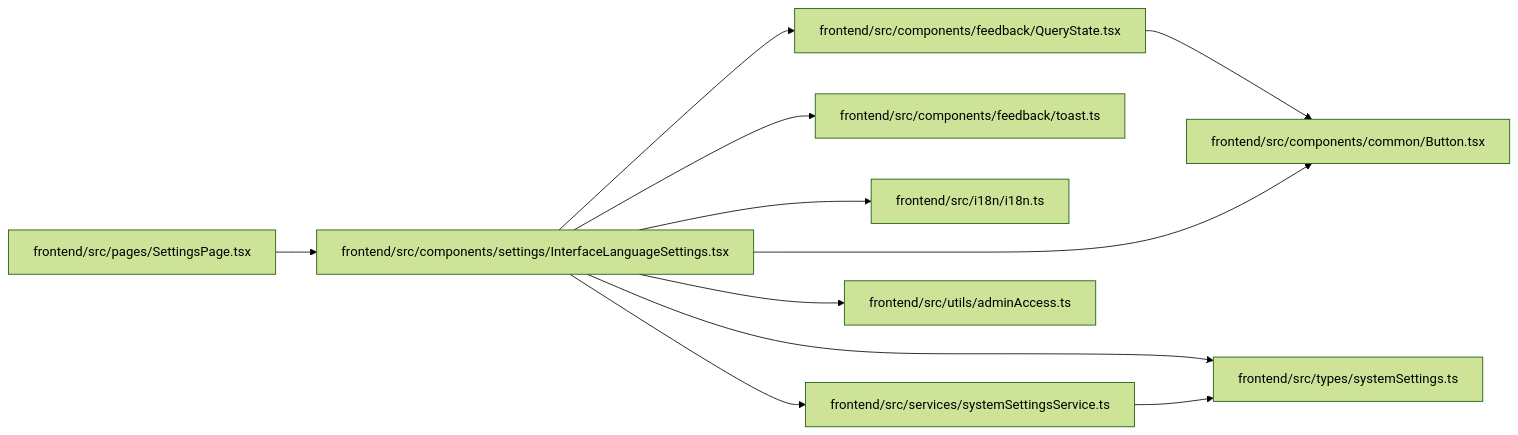
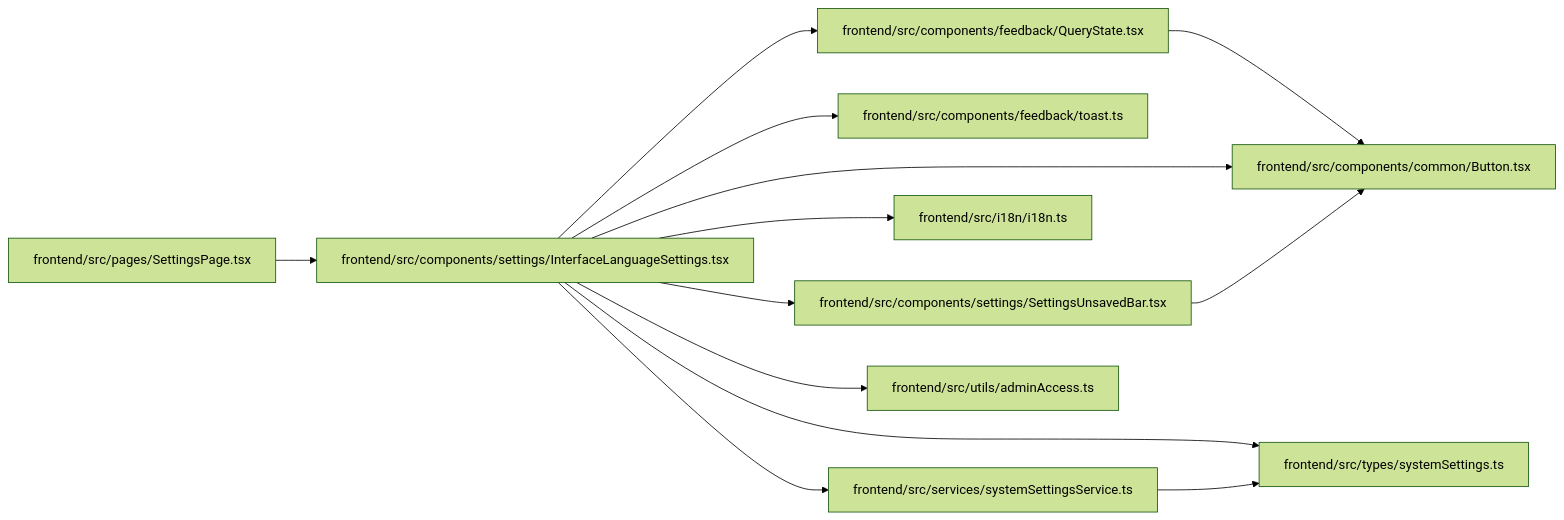
One commit to Denissvgn/WorkChord changed the diagram in docs/llm_wiki/modules/InterfaceLanguageSettings.md. Above: the diagram before and after it, drawn with Mermaid (forest theme). The commit also changed other lines of this file and 343 other files, not shown here.

Commit message:
docs(wiki): refresh for the Access page and settings search

````diff
--- a/docs/llm_wiki/modules/InterfaceLanguageSettings.md
+++ b/docs/llm_wiki/modules/InterfaceLanguageSettings.md
@@ -37,31 +38,35 @@
 ```mermaid
 flowchart LR
     n0["frontend/src/components/common/Button.tsx"]
     n1["frontend/src/components/feedback/QueryState.tsx"]
     n2["frontend/src/components/feedback/toast.ts"]
     n3["frontend/src/components/settings/InterfaceLanguageSettings.tsx"]
-    n4["frontend/src/i18n/i18n.ts"]
-    n5["frontend/src/pages/SettingsPage.tsx"]
-    n6["frontend/src/services/systemSettingsService.ts"]
-    n7["frontend/src/types/systemSettings.ts"]
-    n8["frontend/src/utils/adminAccess.ts"]
+    n4["frontend/src/components/settings/SettingsUnsavedBar.tsx"]
+    n5["frontend/src/i18n/i18n.ts"]
+    n6["frontend/src/pages/SettingsPage.tsx"]
+    n7["frontend/src/services/systemSettingsService.ts"]
+    n8["frontend/src/types/systemSettings.ts"]
+    n9["frontend/src/utils/adminAccess.ts"]
     n1 --> n0
     n3 --> n0
     n3 --> n1
     n3 --> n2
     n3 --> n4
-    n3 --> n6
+    n3 --> n5
     n3 --> n7
     n3 --> n8
-    n5 --> n3
-    n6 --> n7
+    n3 --> n9
+    n4 --> n0
+    n6 --> n3
+    n7 --> n8
     click n0 "../modules/Button.md"
     click n1 "../modules/QueryState.md"
     click n2 "../modules/toast.md"
     click n3 "../modules/InterfaceLanguageSettings.md"
-    click n4 "../modules/i18n.md"
-    click n5 "../modules/SettingsPage.md"
-    click n6 "../modules/systemSettingsService.md"
-    click n7 "../modules/systemSettings.md"
-    click n8 "../modules/adminAccess.md"
+    click n4 "../modules/SettingsUnsavedBar.md"
+    click n5 "../modules/i18n.md"
+    click n6 "../modules/SettingsPage.md"
+    click n7 "../modules/systemSettingsService.md"
+    click n8 "../modules/systemSettings.md"
+    click n9 "../modules/adminAccess.md"
 ```
````
